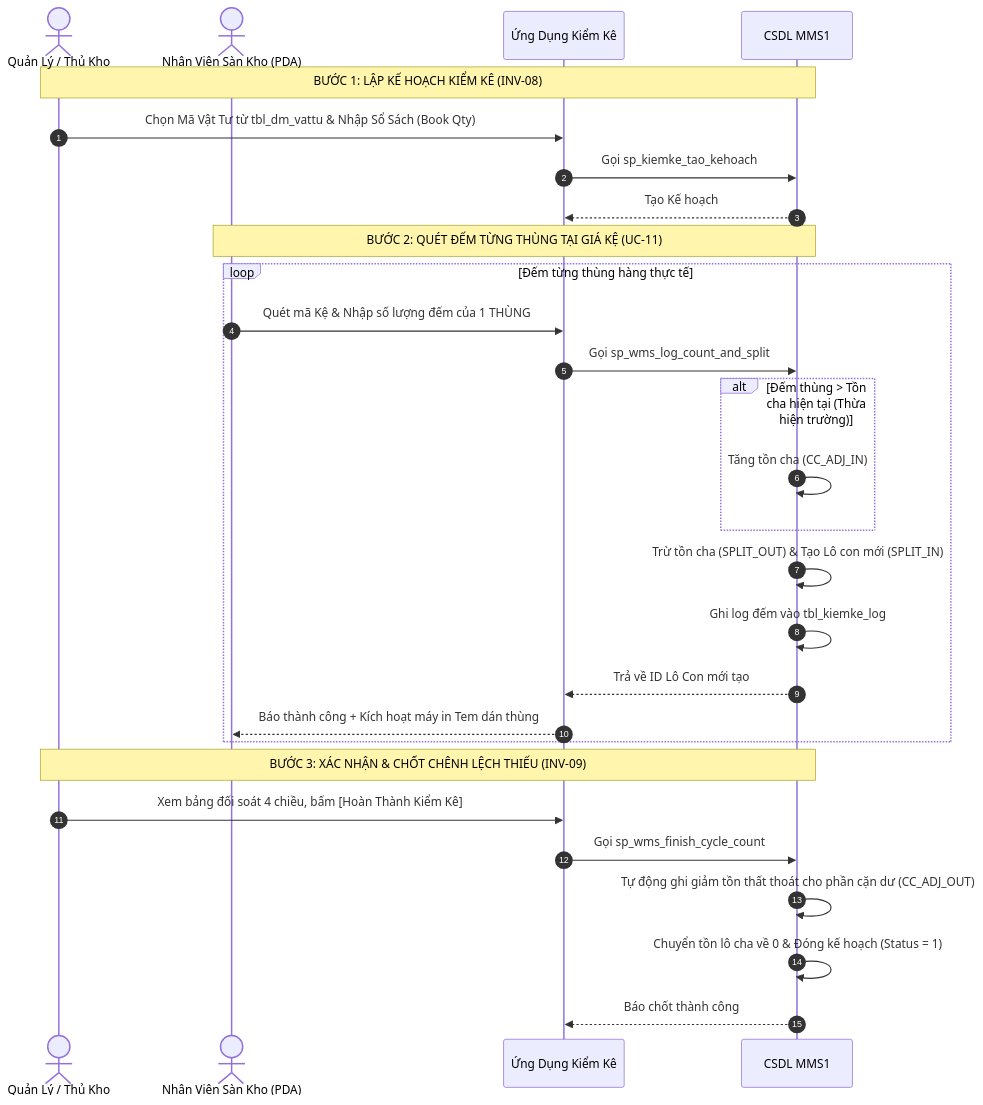
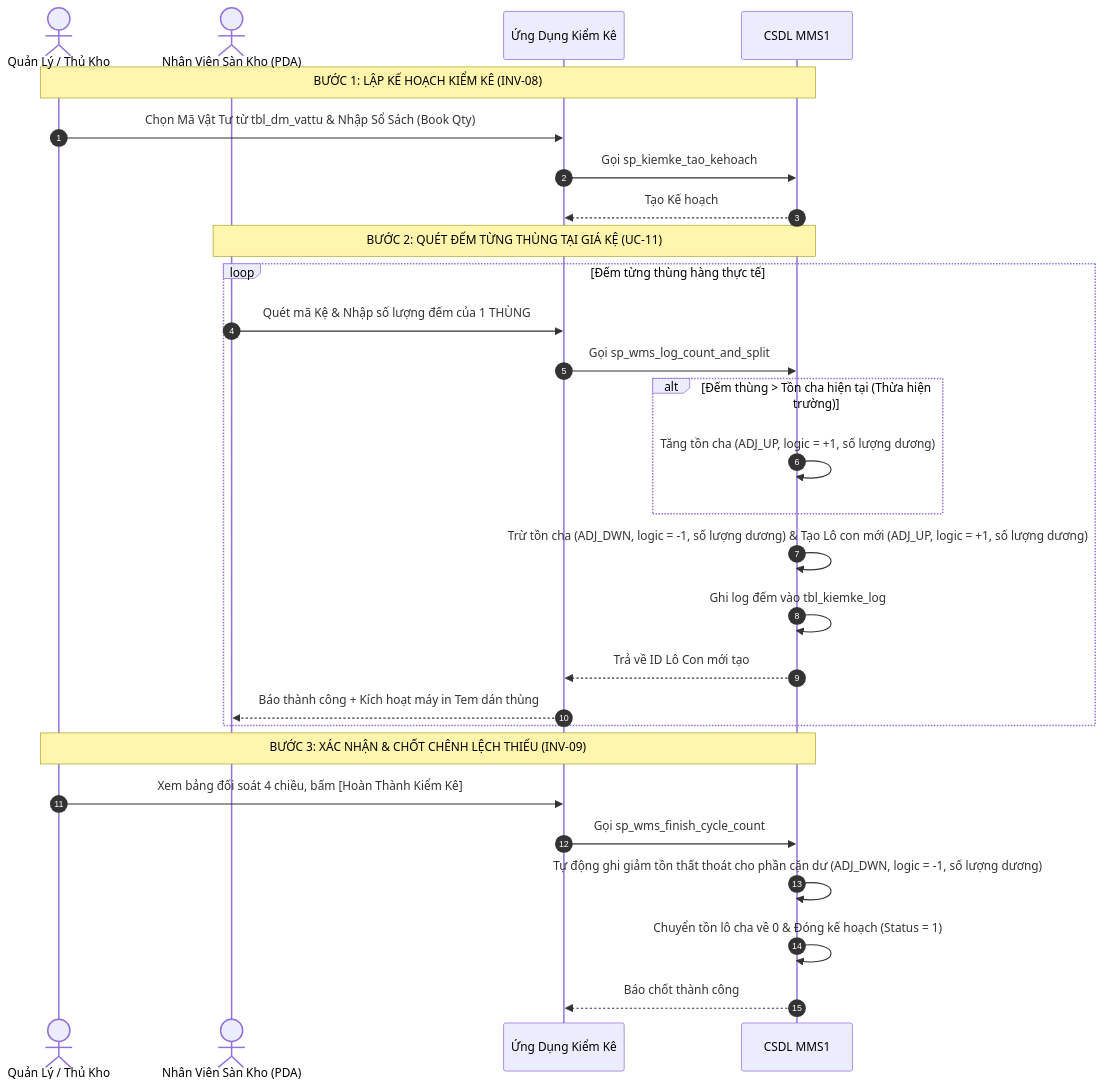
One commit to Sohoa-KNSG/mms changed the third of 3 diagrams in docs/use-cases/UC-27_CYCLE_COUNT_STANDALONE_BLUEPRINT.md. Above: the diagram before and after it, drawn with Mermaid. The commit also changed 2 other files, not shown here.

Commit message:
docs: clarify positive transaction quantity rule and update sequence diagrams

````diff
--- a/docs/use-cases/UC-27_CYCLE_COUNT_STANDALONE_BLUEPRINT.md
+++ b/docs/use-cases/UC-27_CYCLE_COUNT_STANDALONE_BLUEPRINT.md
@@ -96,33 +96,33 @@
 ```mermaid
 sequenceDiagram
     autonumber
     actor QL as Quản Lý / Thủ Kho
     actor NV as Nhân Viên Sàn Kho (PDA)
     participant APP as Ứng Dụng Kiểm Kê
     participant DB as CSDL MMS1
 
     Note over QL,DB: BƯỚC 1: LẬP KẾ HOẠCH KIỂM KÊ (INV-08)
     QL->>APP: Chọn Mã Vật Tư từ tbl_dm_vattu & Nhập Sổ Sách (Book Qty)
     APP->>DB: Gọi sp_kiemke_tao_kehoach
     DB-->>APP: Tạo Kế hoạch #ID & Snapshot toàn bộ Lô hàng hiện hữu
 
     Note over NV,DB: BƯỚC 2: QUÉT ĐẾM TỪNG THÙNG TẠI GIÁ KỆ (UC-11)
     loop Đếm từng thùng hàng thực tế
         NV->>APP: Quét mã Kệ & Nhập số lượng đếm của 1 THÙNG
         APP->>DB: Gọi sp_wms_log_count_and_split
         alt Đếm thùng > Tồn cha hiện tại (Thừa hiện trường)
-            DB->>DB: Tăng tồn cha (CC_ADJ_IN)
+            DB->>DB: Tăng tồn cha (ADJ_UP, logic = +1, số lượng dương)
         end
-        DB->>DB: Trừ tồn cha (SPLIT_OUT) & Tạo Lô con mới (SPLIT_IN)
+        DB->>DB: Trừ tồn cha (ADJ_DWN, logic = -1, số lượng dương) & Tạo Lô con mới (ADJ_UP, logic = +1, số lượng dương)
         DB->>DB: Ghi log đếm vào tbl_kiemke_log
         DB-->>APP: Trả về ID Lô Con mới tạo
         APP-->>NV: Báo thành công + Kích hoạt máy in Tem dán thùng
     end
 
     Note over QL,DB: BƯỚC 3: XÁC NHẬN & CHỐT CHÊNH LỆCH THIẾU (INV-09)
     QL->>APP: Xem bảng đối soát 4 chiều, bấm [Hoàn Thành Kiểm Kê]
     APP->>DB: Gọi sp_wms_finish_cycle_count
-    DB->>DB: Tự động ghi giảm tồn thất thoát cho phần cặn dư (CC_ADJ_OUT)
+    DB->>DB: Tự động ghi giảm tồn thất thoát cho phần cặn dư (ADJ_DWN, logic = -1, số lượng dương)
     DB->>DB: Chuyển tồn lô cha về 0 & Đóng kế hoạch (Status = 1)
     DB-->>APP: Báo chốt thành công
 ```
````
